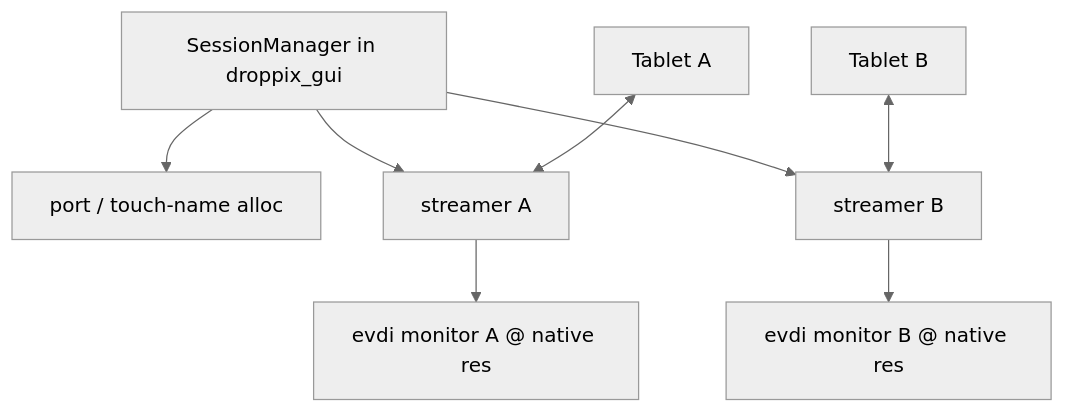
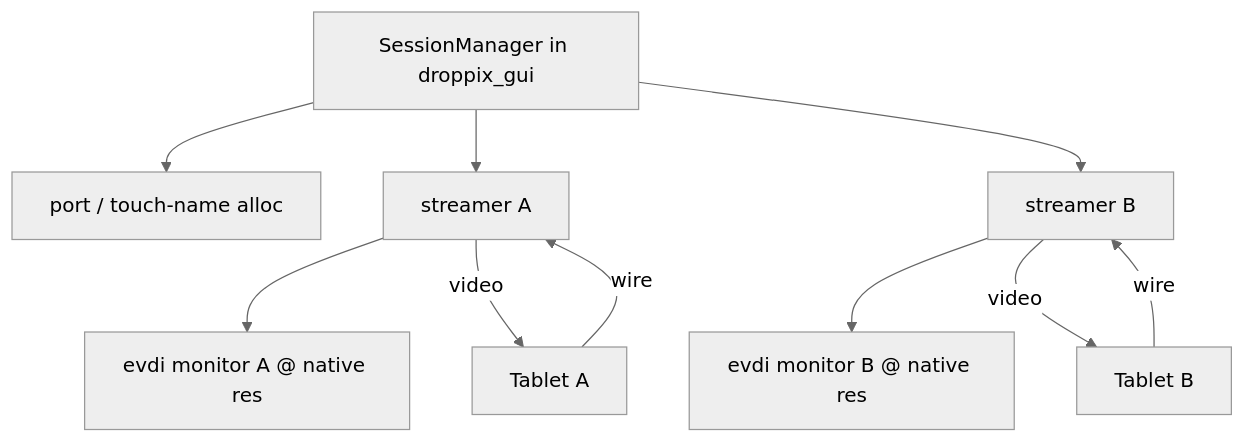
One commit to davidcarma/droppix changed the sixth of 10 diagrams in docs/ARCHITECTURE.md. Above: the diagram before and after it, drawn with Mermaid (neutral theme). The commit also changed other lines of this file, not shown here.

First line of the commit message:
docs: fix Mermaid diagrams for GitHub rendering

````diff
--- a/docs/ARCHITECTURE.md
+++ b/docs/ARCHITECTURE.md
@@ -146,11 +148,13 @@
 ```mermaid
 graph TB
     GUI[SessionManager in droppix_gui]
     GUI --> P1[port / touch-name alloc]
     GUI --> S1[streamer A]
     GUI --> S2[streamer B]
     S1 --> E1[evdi monitor A @ native res]
     S2 --> E2[evdi monitor B @ native res]
-    A1[Tablet A] <--> S1
-    A2[Tablet B] <--> S2
+    A1[Tablet A] -->|wire| S1
+    S1 -->|video| A1
+    A2[Tablet B] -->|wire| S2
+    S2 -->|video| A2
 ```
````
